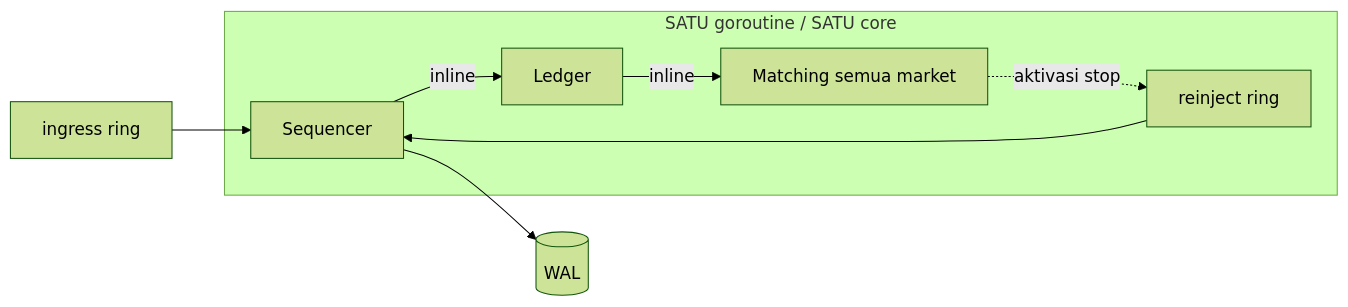
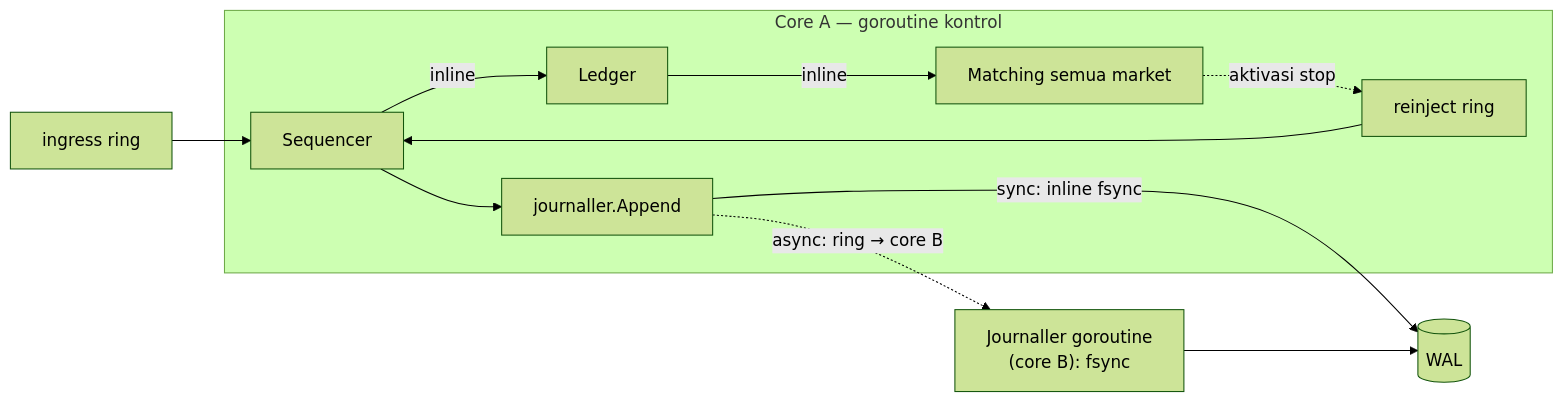
One commit to yanuar-ar/order-book changed diagram 13 of 16 in ARCHITECTURE.md. Above: the diagram before and after it, drawn with Mermaid (forest theme). The commit also changed other lines of this file and 1 other file, not shown here.

First line of the commit message:
docs: document sync/async journaling in ARCHITECTURE.md + CLAUDE.md

````diff
--- a/ARCHITECTURE.md
+++ b/ARCHITECTURE.md
@@ -720,11 +788,14 @@
 ```mermaid
 flowchart LR
     ING["ingress ring"] --> SEQ
     REIN["reinject ring"] --> SEQ
-    subgraph CORE0["SATU goroutine / SATU core"]
+    subgraph CORE0["Core A — goroutine kontrol"]
         SEQ["Sequencer"] -->|"inline"| LED["Ledger"]
         LED -->|"inline"| MATCH["Matching semua market"]
         MATCH -.->|"aktivasi stop"| REIN
+        SEQ --> JRL["journaller.Append"]
     end
-    SEQ --> WAL[("WAL")]
+    JRL -->|"sync: inline fsync"| WAL[("WAL")]
+    JRL -.->|"async: ring → core B"| JCORE["Journaller goroutine<br/>(core B): fsync"]
+    JCORE --> WAL
 ```
````
